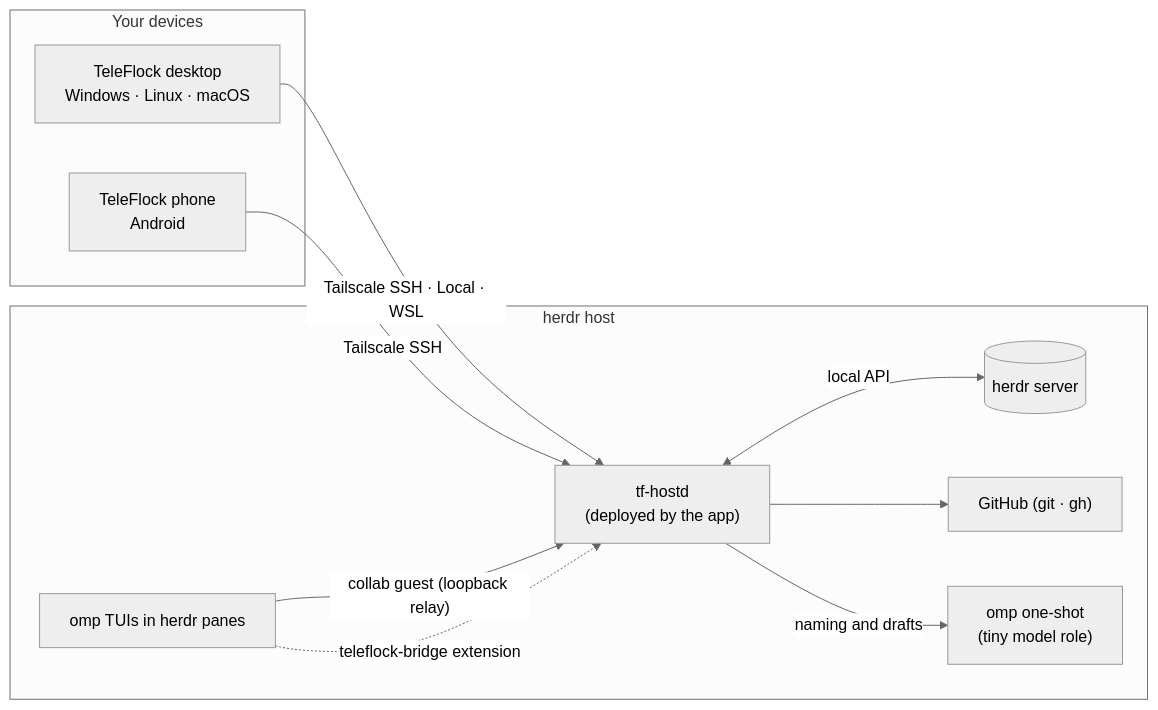
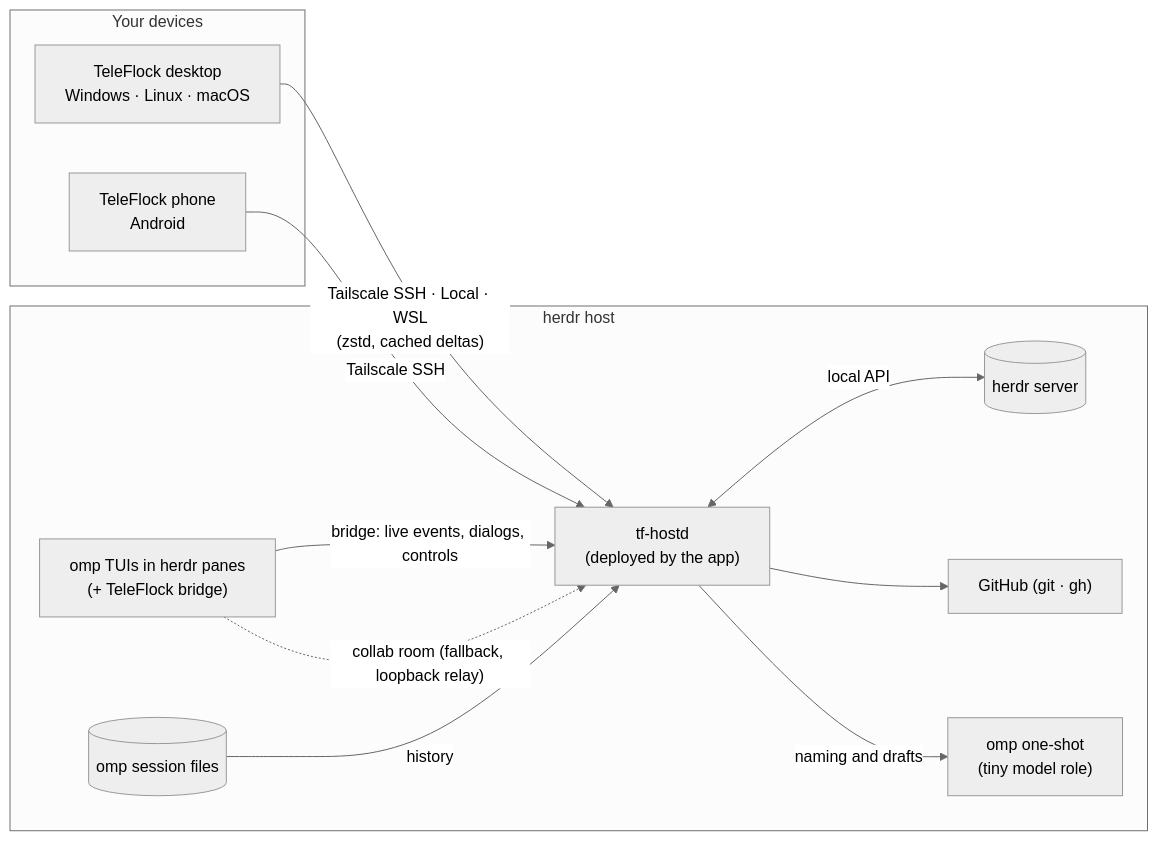
One commit to studioplascode/TeleFlock changed the diagram in README.md. Above: the diagram before and after it, drawn with Mermaid (neutral theme). The commit also changed other lines of this file and 19 other files, not shown here.

Commit message:
Cached sessions open while the host is offline; parked subagent durations; deterministic meta across restarts; command preview without guessed paths; quota columns by card width; README, coverage and architecture for 0.6.0

````diff
--- a/README.md
+++ b/README.md
@@ -195,21 +209,23 @@
 ```mermaid
 flowchart LR
   subgraph devices["Your devices"]
     desk["TeleFlock desktop<br/>Windows · Linux · macOS"]
     phone["TeleFlock phone<br/>Android"]
   end
   subgraph host["herdr host"]
     hostd["tf-hostd<br/>(deployed by the app)"]
-    omp["omp TUIs in herdr panes"]
+    omp["omp TUIs in herdr panes<br/>(+ TeleFlock bridge)"]
+    files[("omp session files")]
     herdr[("herdr server")]
     gh["GitHub (git · gh)"]
     tiny["omp one-shot<br/>(tiny model role)"]
   end
-  desk -- "Tailscale SSH · Local · WSL" --> hostd
+  desk -- "Tailscale SSH · Local · WSL<br/>(zstd, cached deltas)" --> hostd
   phone -- "Tailscale SSH" --> hostd
-  omp -- "collab guest (loopback relay)" --> hostd
-  omp -. "teleflock-bridge extension" .-> hostd
+  omp -- "bridge: live events, dialogs, controls" --> hostd
+  files -- "history" --> hostd
+  omp -. "collab room (fallback, loopback relay)" .-> hostd
   hostd <-- "local API" --> herdr
   hostd --> gh
   hostd -- "naming and drafts" --> tiny
 ```
````
